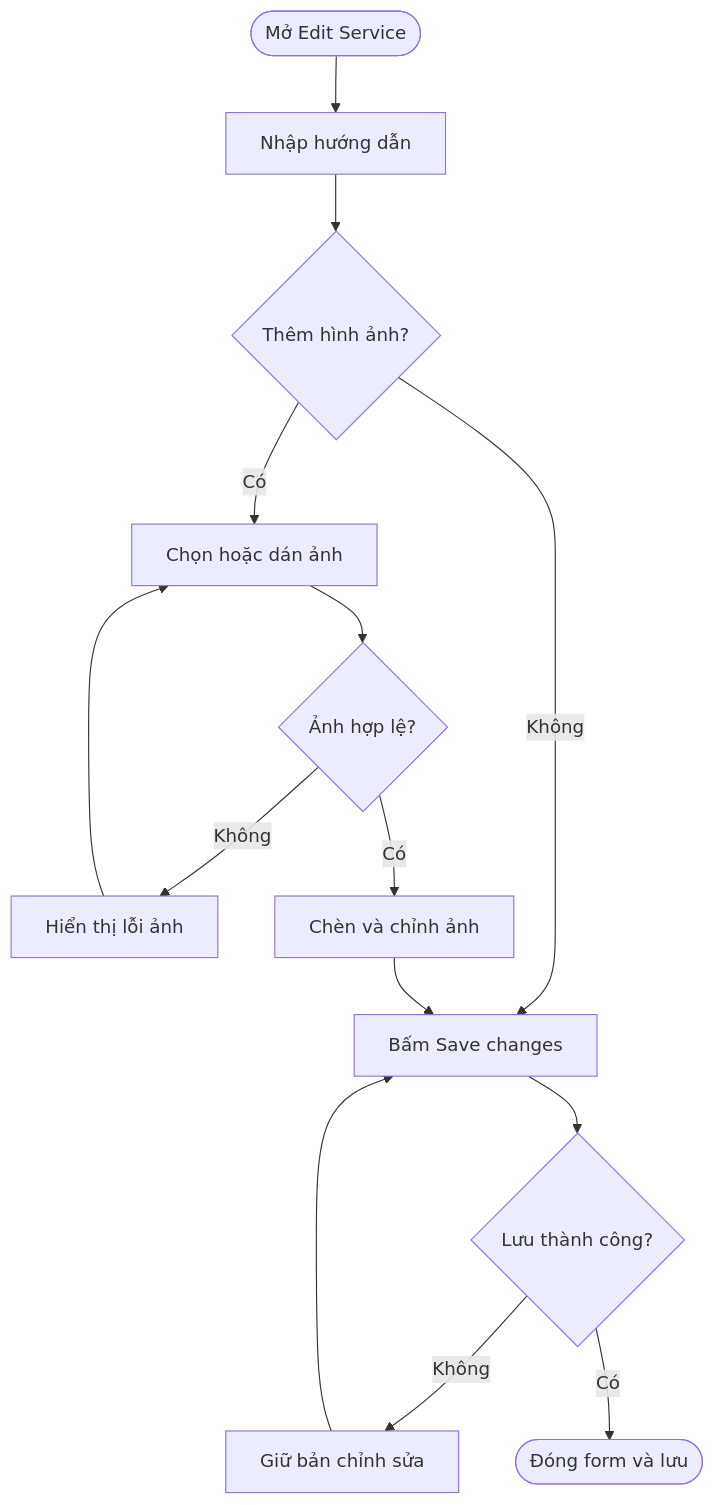
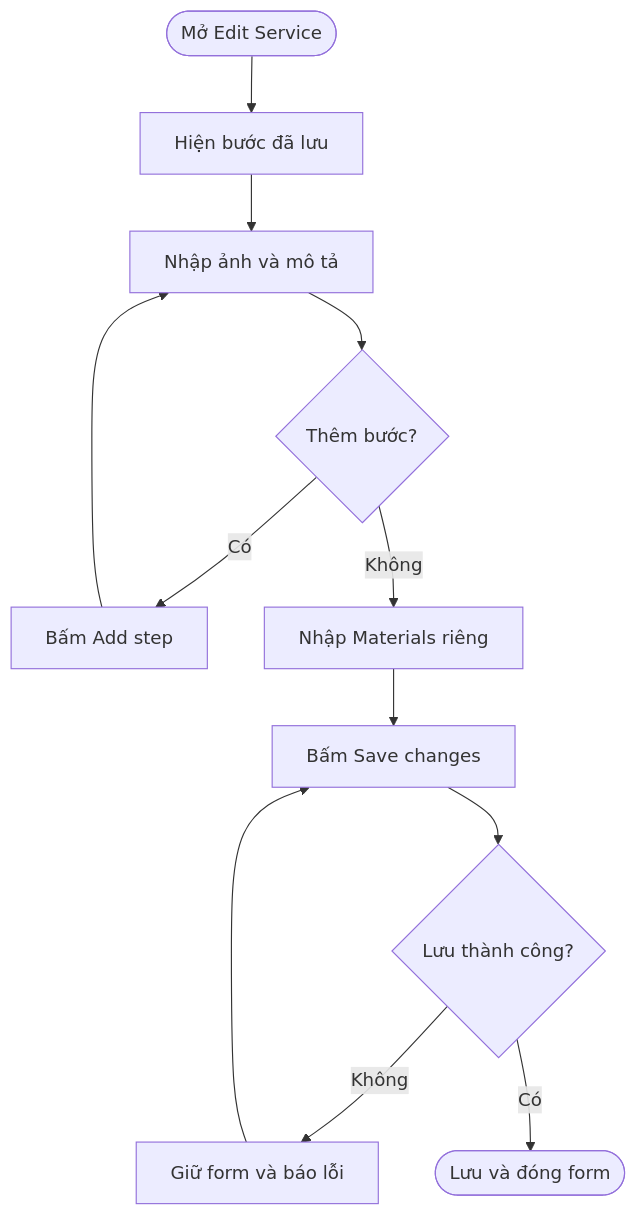
Before and after one commit to maivtn/taxiq: the first of 2 diagrams in docs/business/service-steps-materials.md, drawn with Mermaid. The commit also changed other lines of this file and 3 other files, not shown here.

Commit message:
feat(pos): split service instructions into steps and materials

````diff
--- a/docs/business/service-steps-materials.md
+++ b/docs/business/service-steps-materials.md
@@ -60,16 +60,14 @@
 ```mermaid
 flowchart TD
-    A([Mở Edit Service]) --> B[Nhập hướng dẫn]
-    B --> C{Thêm hình ảnh?}
-    C -- Có --> D[Chọn hoặc dán ảnh]
-    D --> E{Ảnh hợp lệ?}
-    E -- Không --> F[Hiển thị lỗi ảnh]
-    F --> D
-    E -- Có --> G[Chèn và chỉnh ảnh]
-    C -- Không --> H[Bấm Save changes]
-    G --> H
-    H --> I{Lưu thành công?}
-    I -- Không --> J[Giữ bản chỉnh sửa]
-    J --> H
-    I -- Có --> K([Đóng form và lưu])
+    A([Mở Edit Service]) --> B[Hiện bước đã lưu]
+    B --> C[Nhập ảnh và mô tả]
+    C --> D{Thêm bước?}
+    D -- Có --> E[Bấm Add step]
+    E --> C
+    D -- Không --> F[Nhập Materials riêng]
+    F --> G[Bấm Save changes]
+    G --> H{Lưu thành công?}
+    H -- Không --> I[Giữ form và báo lỗi]
+    I --> G
+    H -- Có --> J([Lưu và đóng form])
 ```
````
